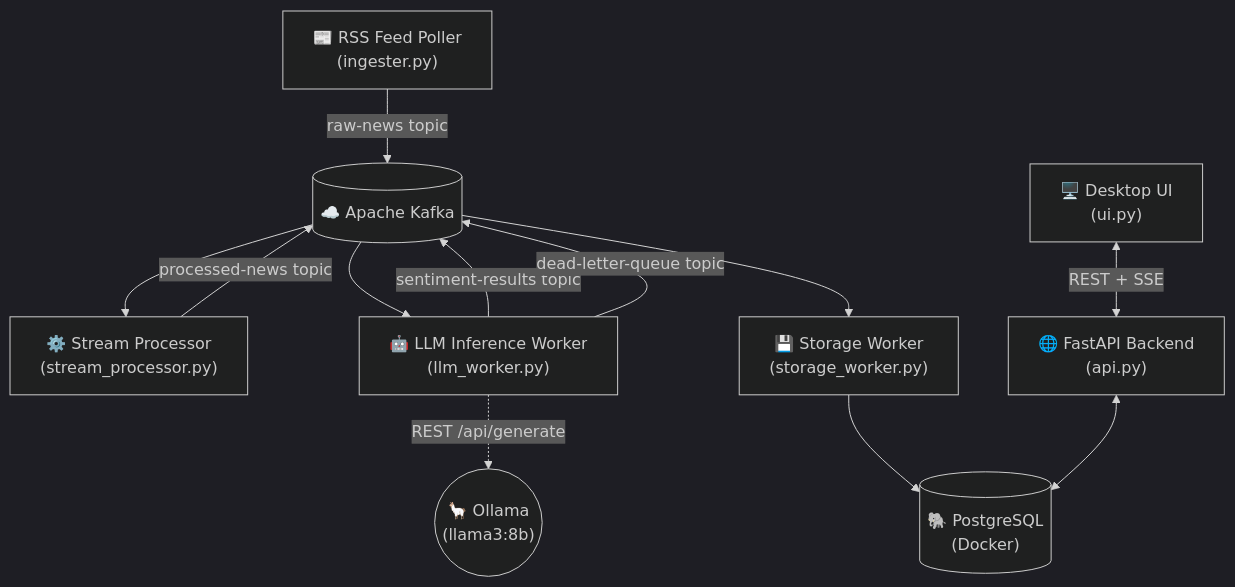
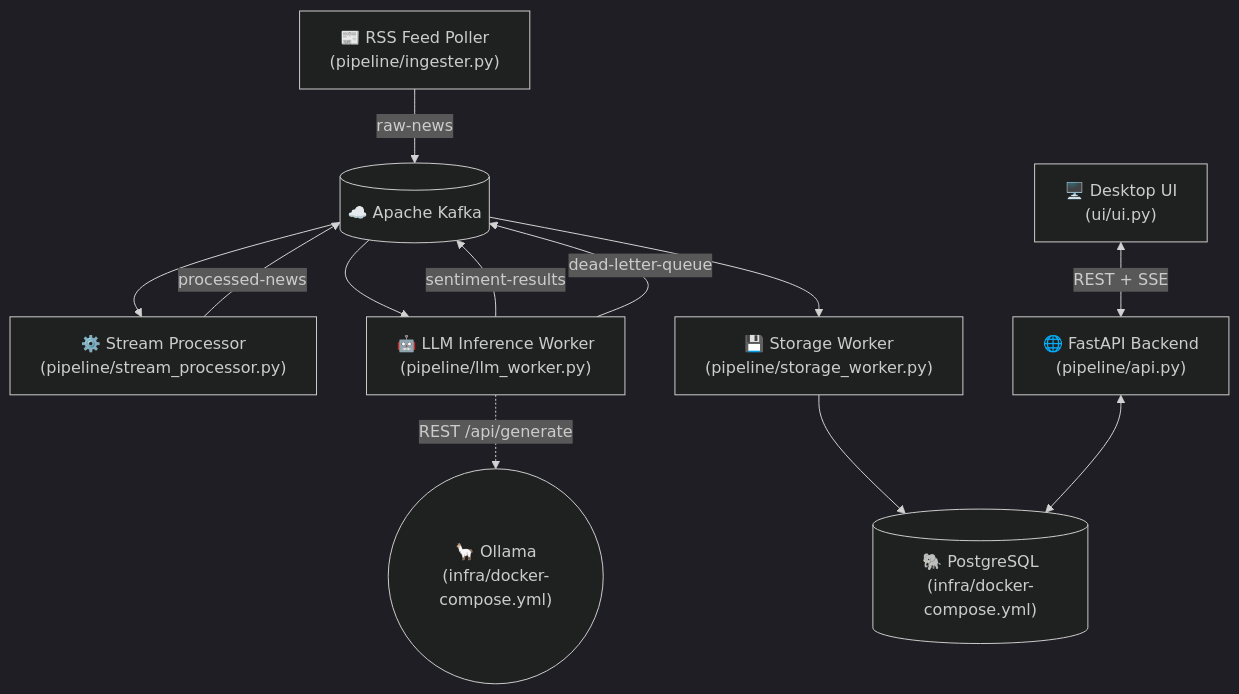
The diagram in README.md (Dk-Alpha/stock-news-sentiment-analytics), drawn with Mermaid (dark theme) before and after one commit. The commit also changed other lines of this file and 24 other files, not shown here.

Commit message:
refactor: split into pipeline/, ui/, database/, infra/ modules - fully decoupled structure

````diff
--- a/README.md
+++ b/README.md
@@ -9,14 +9,14 @@
 ```mermaid
 flowchart TD
-    A["📰 RSS Feed Poller\n(ingester.py)"] -->|"raw-news topic"| B[("☁️ Apache Kafka")]
-    B --> C["⚙️ Stream Processor\n(stream_processor.py)"]
-    C -->|"processed-news topic"| B
-    B --> D["🤖 LLM Inference Worker\n(llm_worker.py)"]
-    D -.->|"REST /api/generate"| E(("🦙 Ollama\n(llama3:8b)"))
-    D -->|"sentiment-results topic"| B
-    D -->|"dead-letter-queue topic"| B
-    B --> F["💾 Storage Worker\n(storage_worker.py)"]
-    F --> G[("🐘 PostgreSQL\n(Docker)")]
-    H["🖥️ Desktop UI\n(ui.py)"] <-->|"REST + SSE"| I["🌐 FastAPI Backend\n(api.py)"]
+    A["📰 RSS Feed Poller\n(pipeline/ingester.py)"] -->|"raw-news"| B[("☁️ Apache Kafka")]
+    B --> C["⚙️ Stream Processor\n(pipeline/stream_processor.py)"]
+    C -->|"processed-news"| B
+    B --> D["🤖 LLM Inference Worker\n(pipeline/llm_worker.py)"]
+    D -.->|"REST /api/generate"| E(("🦙 Ollama\n(infra/docker-compose.yml)"))
+    D -->|"sentiment-results"| B
+    D -->|"dead-letter-queue"| B
+    B --> F["💾 Storage Worker\n(pipeline/storage_worker.py)"]
+    F --> G[("🐘 PostgreSQL\n(infra/docker-compose.yml)")]
+    H["🖥️ Desktop UI\n(ui/ui.py)"] <-->|"REST + SSE"| I["🌐 FastAPI Backend\n(pipeline/api.py)"]
     I <--> G
 ```
````
